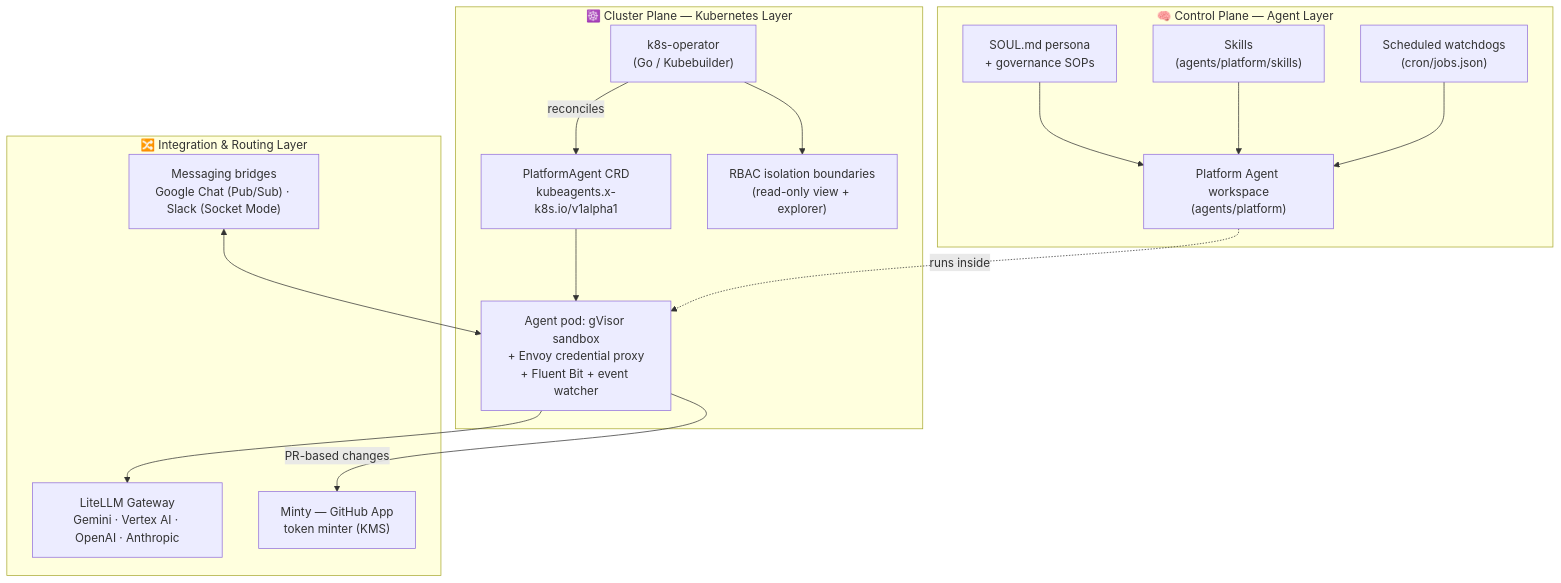
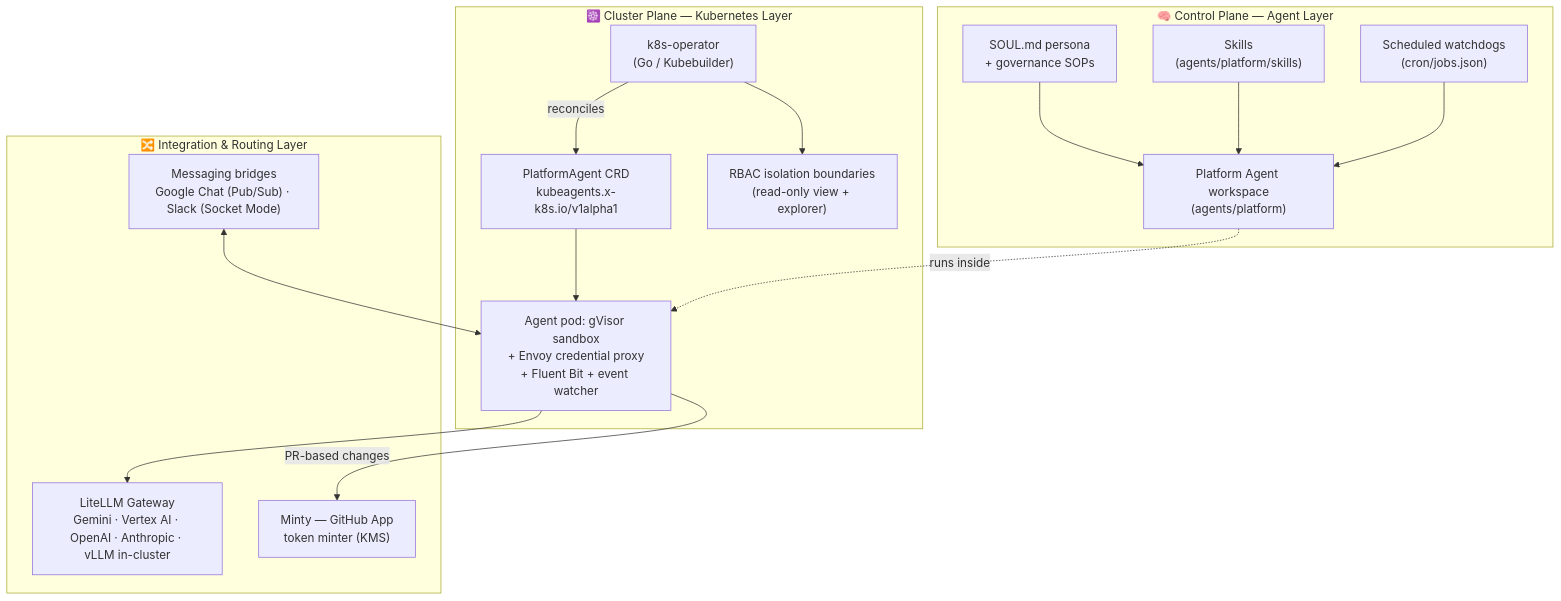
Before and after one commit to gke-labs/kube-agents: the diagram in README.md, drawn with Mermaid. The commit also changed 7 other files, not shown here.

````diff
--- a/README.md
+++ b/README.md
@@ -101,33 +101,33 @@
 ```mermaid
 flowchart TB
     subgraph agent["🧠 Control Plane — Agent Layer"]
         SOUL["SOUL.md persona<br/>+ governance SOPs"]
         SKILLS["Skills<br/>(agents/platform/skills)"]
         CRON["Scheduled watchdogs<br/>(cron/jobs.json)"]
         PA["Platform Agent workspace<br/>(agents/platform)"]
         SOUL --> PA
         SKILLS --> PA
         CRON --> PA
     end
 
     subgraph cluster["☸️ Cluster Plane — Kubernetes Layer"]
         OP["k8s-operator<br/>(Go / Kubebuilder)"]
         CRD["PlatformAgent CRD<br/>kubeagents.x-k8s.io/v1alpha1"]
         POD["Agent pod: gVisor sandbox<br/>+ Envoy credential proxy<br/>+ Fluent Bit + event watcher"]
         RBAC["RBAC isolation boundaries<br/>(read-only view + explorer)"]
         OP -->|reconciles| CRD
         CRD --> POD
         OP --> RBAC
     end
 
     subgraph integration["🔀 Integration & Routing Layer"]
-        LLM["LiteLLM Gateway<br/>Gemini · Vertex AI · OpenAI · Anthropic"]
+        LLM["LiteLLM Gateway<br/>Gemini · Vertex AI · OpenAI · Anthropic · vLLM in-cluster"]
         CHAT["Messaging bridges<br/>Google Chat (Pub/Sub) · Slack (Socket Mode)"]
         GH["Minty — GitHub App<br/>token minter (KMS)"]
     end
 
     PA -.runs inside.-> POD
     POD --> LLM
     CHAT <--> POD
     POD -->|PR-based changes| GH
 ```
````
